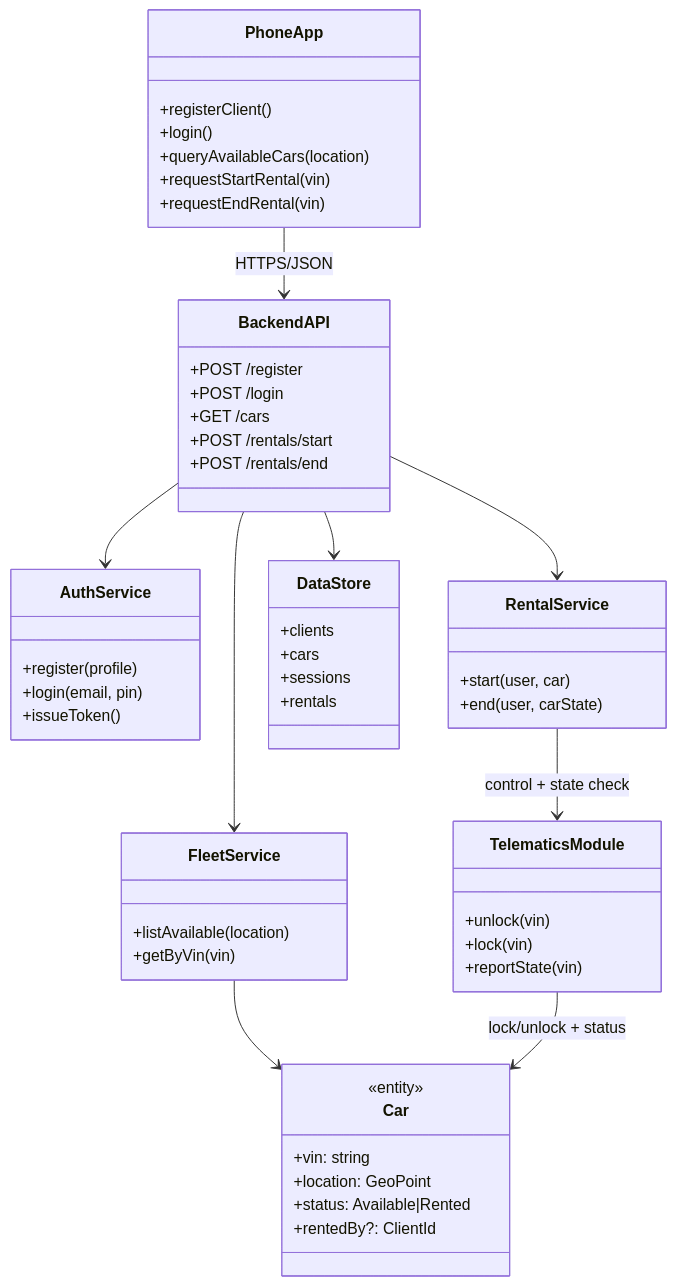
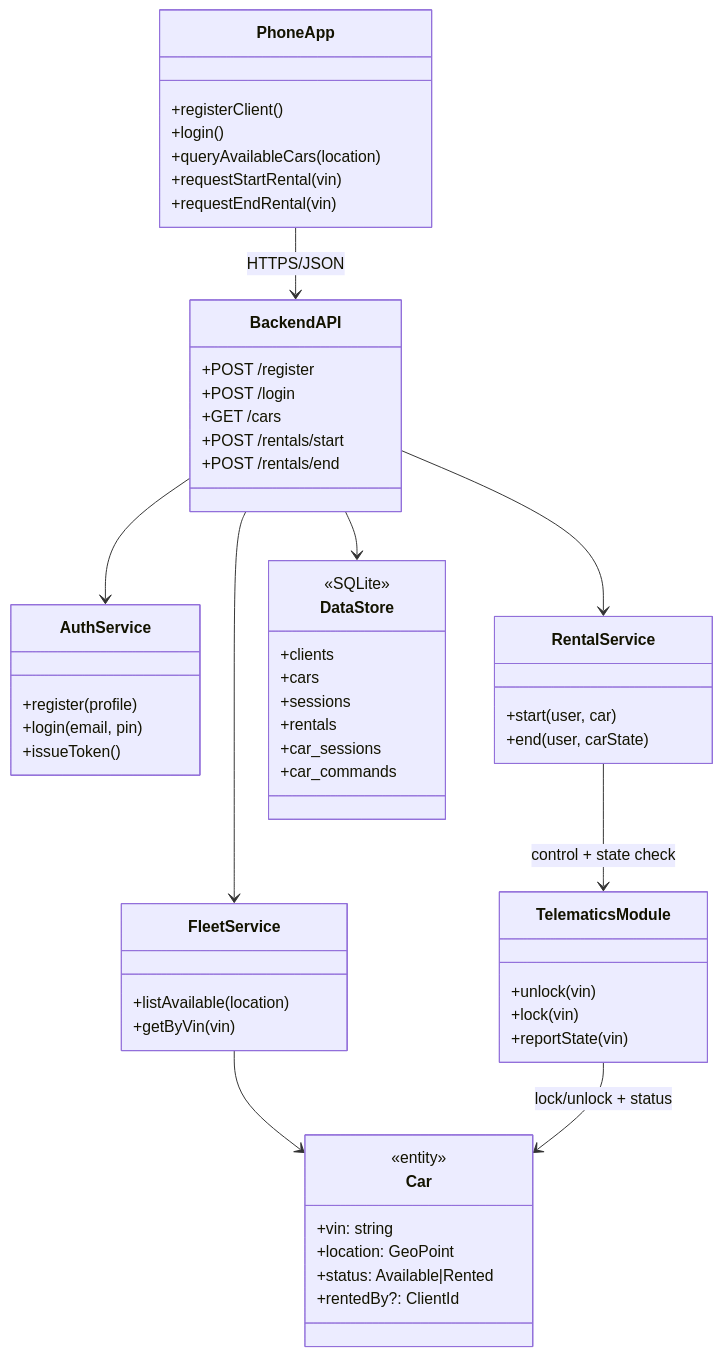
One commit to andrei-mrd/ISSA_LABS changed the first of 4 diagrams in lab1/ARCHITECTURE.md. Above: the diagram before and after it, drawn with Mermaid. The commit also changed other lines of this file and 9 other files, not shown here.

````diff
--- a/lab1/ARCHITECTURE.md
+++ b/lab1/ARCHITECTURE.md
@@ -6,64 +26,67 @@
 ```mermaid
 classDiagram
     class PhoneApp {
       +registerClient()
       +login()
       +queryAvailableCars(location)
       +requestStartRental(vin)
       +requestEndRental(vin)
     }
 
     class BackendAPI {
       +POST /register
       +POST /login
       +GET /cars
       +POST /rentals/start
       +POST /rentals/end
     }
 
     class AuthService {
       +register(profile)
       +login(email, pin)
       +issueToken()
     }
 
     class FleetService {
       +listAvailable(location)
       +getByVin(vin)
     }
 
     class RentalService {
       +start(user, car)
       +end(user, carState)
     }
 
     class Car {
       <<entity>>
       +vin: string
       +location: GeoPoint
       +status: Available|Rented
       +rentedBy?: ClientId
     }
 
     class TelematicsModule {
       +unlock(vin)
       +lock(vin)
       +reportState(vin)
     }
 
     class DataStore {
+      <<SQLite>>
       +clients
       +cars
       +sessions
       +rentals
+      +car_sessions
+      +car_commands
     }
 
     PhoneApp --> BackendAPI : HTTPS/JSON
     BackendAPI --> AuthService
     BackendAPI --> FleetService
     BackendAPI --> RentalService
     FleetService --> Car
     RentalService --> TelematicsModule : control + state check
     TelematicsModule --> Car : lock/unlock + status
     BackendAPI --> DataStore
 ```
````
